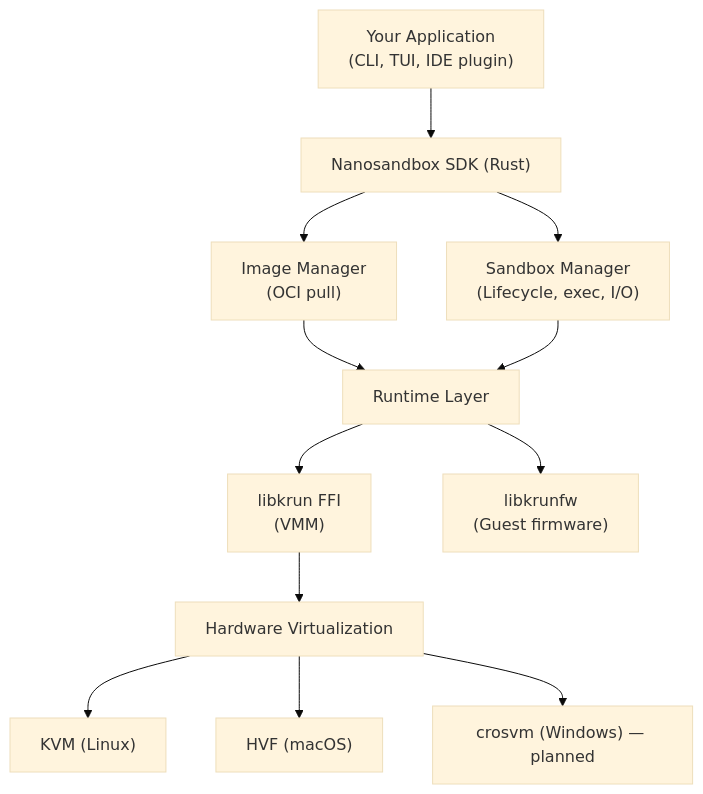
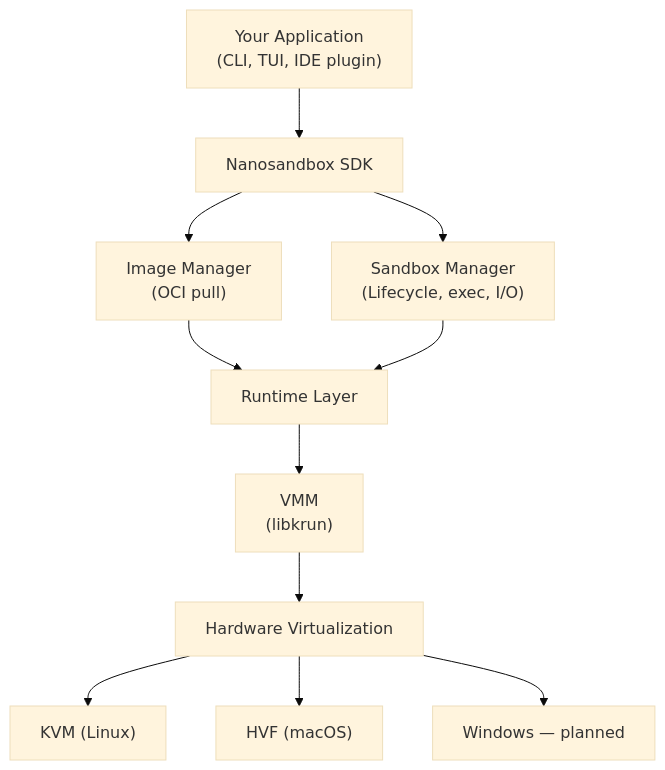
Before and after one commit to nanosandboxai/articles: the first of 2 diagrams in articles/how-we-see-sandboxing-today.md, drawn with Mermaid (base theme). The commit also changed other lines of this file, not shown here.

````diff
--- a/articles/how-we-see-sandboxing-today.md
+++ b/articles/how-we-see-sandboxing-today.md
@@ -111,14 +109,13 @@
 ```mermaid
 graph TD
-    A["Your Application<br/>(CLI, TUI, IDE plugin)"] --> B["Nanosandbox SDK (Rust)"]
+    A["Your Application<br/>(CLI, TUI, IDE plugin)"] --> B["Nanosandbox SDK"]
     B --> C["Image Manager<br/>(OCI pull)"]
     B --> D["Sandbox Manager<br/>(Lifecycle, exec, I/O)"]
     C --> E["Runtime Layer"]
     D --> E
-    E --> F["libkrun FFI<br/>(VMM)"]
-    E --> G["libkrunfw<br/>(Guest firmware)"]
-    F --> H["Hardware Virtualization"]
-    H --> I["KVM (Linux)"]
-    H --> J["HVF (macOS)"]
-    H --> K["crosvm (Windows) — planned"]
+    E --> F["VMM<br/>(libkrun)"]
+    F --> G["Hardware Virtualization"]
+    G --> H["KVM (Linux)"]
+    G --> I["HVF (macOS)"]
+    G --> J["Windows — planned"]
 ```
````
